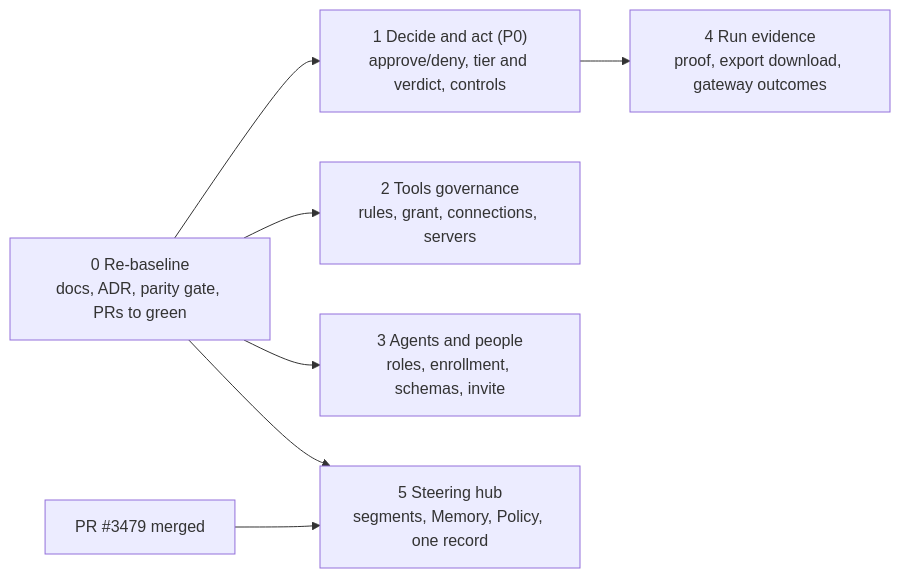
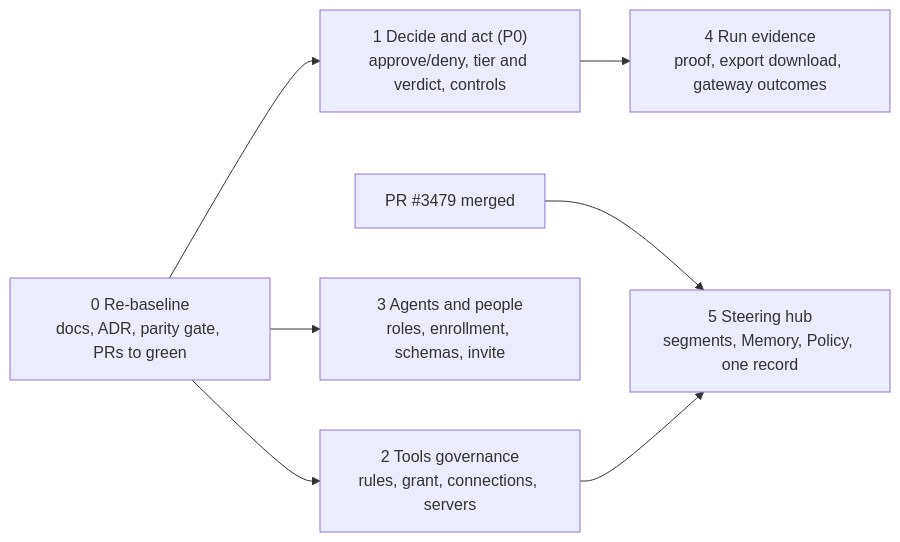
Before and after one commit to macanderson/oxagen: the diagram in docs/mission-control/BUILD-CHUNKS.md, drawn with Mermaid. The commit also changed 2 other files, not shown here.

Commit message:
Build plan: carry the three Codex findings into the lanes
Session 2's rules lane adds a digest to the rules read and an expectedDigest
the set handler checks under its lock; a client-side id comparison cannot
close that race. Session 5's segments lane makes one optional catch-all own
every Steering tab and deletes steering/page.tsx, because Next.js refuses
both at the same level. Its memory lane settles provenance on the contract
first and renders NotRecorded where the store has no frame, instead of
promising a frame link the record does not carry. Session 5 now depends on
session 2, whose auto-approvals editor the Policy tab links to.

Claude-Session: https://claude.ai/code/session_01AaWQ22EkU5zUDPMzyc8qmB

````diff
--- a/docs/mission-control/BUILD-CHUNKS.md
+++ b/docs/mission-control/BUILD-CHUNKS.md
@@ -14,9 +14,9 @@
 ```mermaid
 flowchart LR
   S0["0 Re-baseline<br/>docs, ADR, parity gate, PRs to green"] --> S1["1 Decide and act (P0)<br/>approve/deny, tier and verdict, controls"]
   S0 --> S2["2 Tools governance<br/>rules, grant, connections, servers"]
   S0 --> S3["3 Agents and people<br/>roles, enrollment, schemas, invite"]
   S1 --> S4["4 Run evidence<br/>proof, export download, gateway outcomes"]
   PR3479["PR #3479 merged"] --> S5["5 Steering hub<br/>segments, Memory, Policy, one record"]
-  S0 --> S5
+  S2 --> S5
 ```
````
